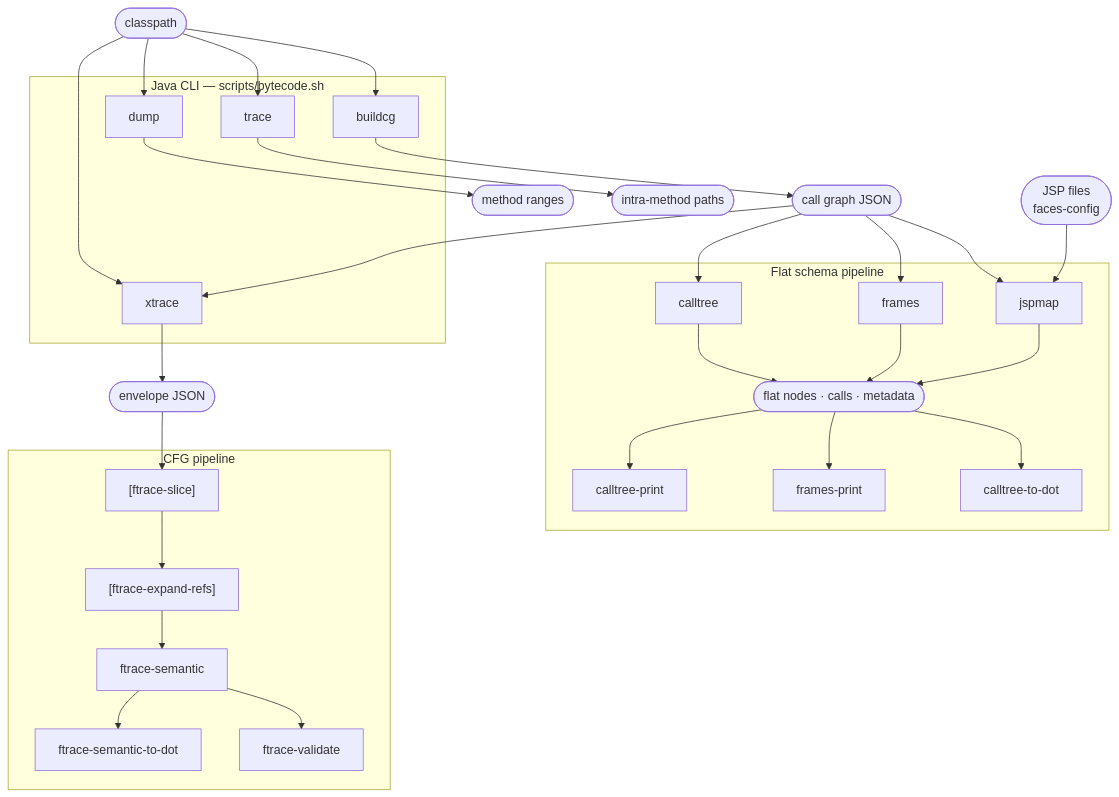
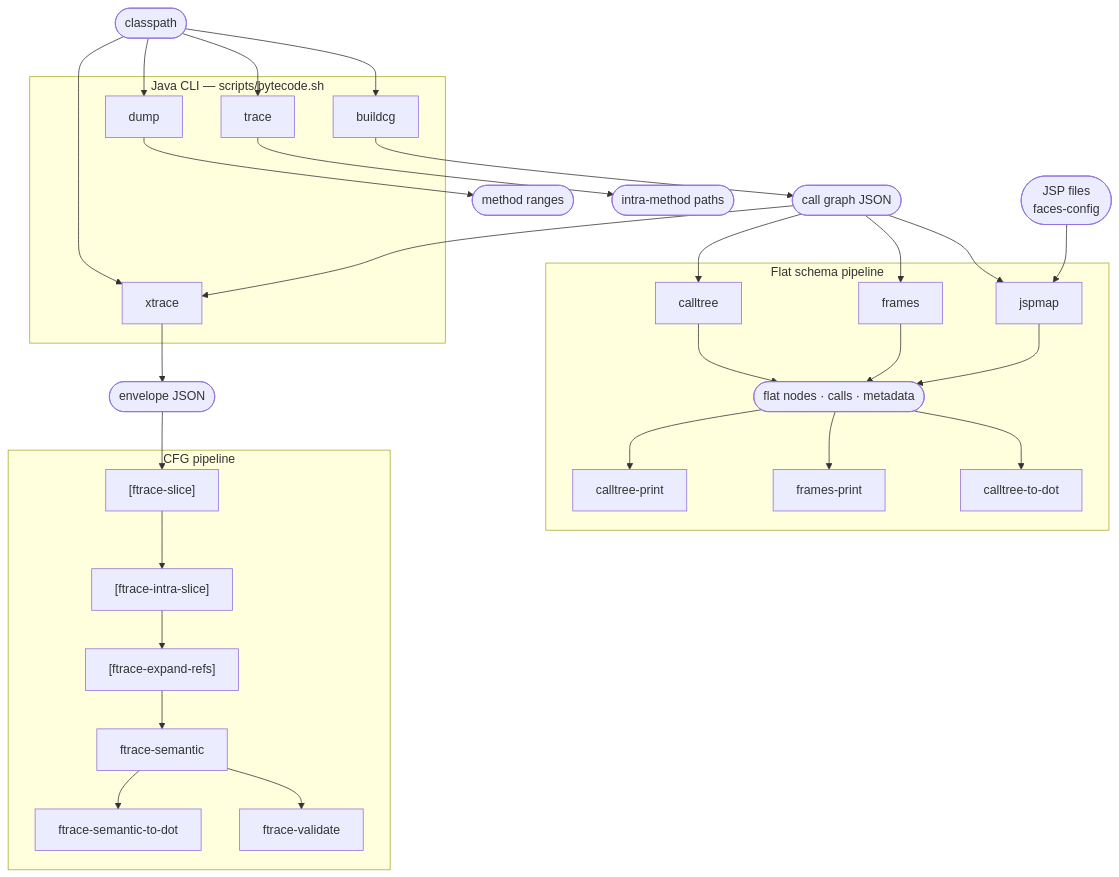
One commit to avishek-sen-gupta/java-bytecode-tools changed the diagram in README.md. Above: the diagram before and after it, drawn with Mermaid. The commit also changed other lines of this file and 3 other files, not shown here.

First line of the commit message:
feat: add ftrace-intra-slice — intra-procedural CFG slicer

````diff
--- a/README.md
+++ b/README.md
@@ -43,44 +44,45 @@
 ```mermaid
 flowchart TD
     classpath([classpath])
     jsps([JSP files\nfaces-config])
 
     subgraph java ["Java CLI — scripts/bytecode.sh"]
         dump[dump]
         trace[trace]
         buildcg[buildcg]
         xtrace[xtrace]
     end
 
     subgraph py_flat ["Flat schema pipeline"]
         calltree[calltree]
         frames[frames]
         jspmap[jspmap]
         flat([flat nodes · calls · metadata])
         cp[calltree-print]
         fp[frames-print]
         ctd[calltree-to-dot]
     end
 
     subgraph py_cfg ["CFG pipeline"]
         fslice["[ftrace-slice]"]
+        fisl["[ftrace-intra-slice]"]
         fexpand["[ftrace-expand-refs]"]
         fsem[ftrace-semantic]
         fsdot[ftrace-semantic-to-dot]
         fval[ftrace-validate]
     end
 
     classpath --> dump & trace & buildcg & xtrace
     dump --> mrange([method ranges])
     trace --> intra([intra-method paths])
     buildcg --> cg([call graph JSON])
     cg --> xtrace & calltree & frames & jspmap
     jsps --> jspmap
 
     calltree & frames & jspmap --> flat
     flat --> cp & fp & ctd
 
     xtrace --> env([envelope JSON])
-    env --> fslice --> fexpand --> fsem
+    env --> fslice --> fisl --> fexpand --> fsem
     fsem --> fsdot & fval
 ```
````
